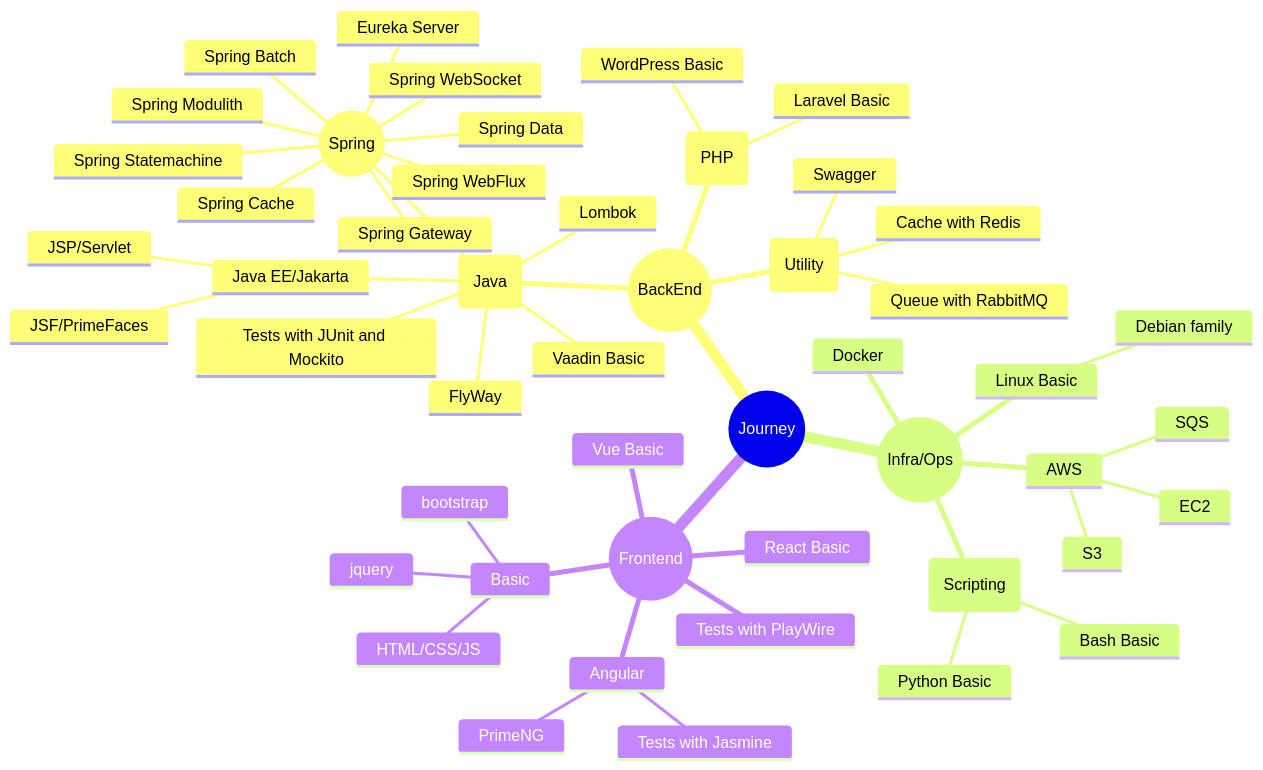
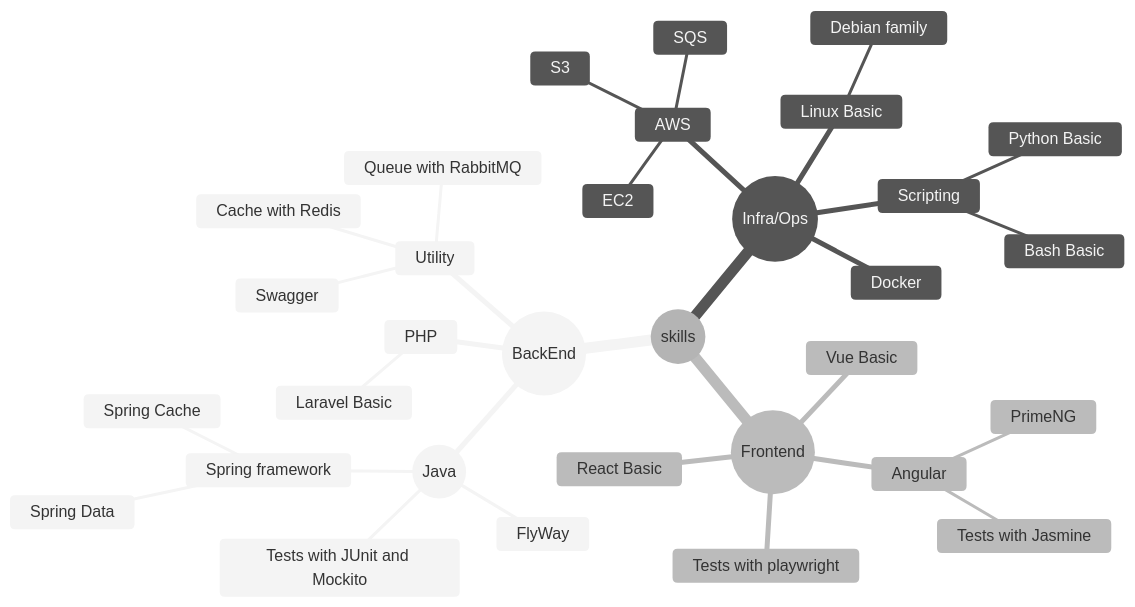
The diagram in HISTORY_pt_BR.md (gilberto-009199/gilberto-009199), drawn with Mermaid before and after one commit. The commit also changed other lines of this file, not shown here.

````diff
--- a/HISTORY_pt_BR.md
+++ b/HISTORY_pt_BR.md
@@ -9,55 +7,39 @@
 ```mermaid
+---
+config:
+  theme: 'neutral'
+---
 mindmap
-  root((Journey))
+  root((skills))
     ((BackEnd))
-    :::urgent large
-      (Java)
-      :::urgent large
-        Vaadin Basic
-        Lombok
+      ((Java))
         Tests with JUnit and Mockito
         FlyWay
-        Java EE/Jakarta
-          JSP/Servlet
-          JSF/PrimeFaces
-        ((Spring))
-        :::urgent large
+        Spring framework
           Spring Data
           Spring Cache
-          Spring Gateway
-          Spring Batch
-          Spring Modulith
-          Spring Statemachine
-          Spring WebFlux
-          Spring WebSocket
-          Eureka Server
-      (PHP)
+      PHP
         Laravel Basic
-        WordPress Basic
-      (Utility)
+      Utility
         Queue with RabbitMQ
         Cache with Redis
         Swagger
     ((Infra/Ops))
       Docker
       Linux Basic
         Debian family
       AWS
         SQS
         S3
         EC2
-      (Scripting)
+      Scripting
         Bash Basic
         Python Basic
     ((Frontend))
         Angular
           PrimeNG
           Tests with Jasmine
         React Basic
         Vue Basic
-        Tests with PlayWire 
-        Basic
-          HTML/CSS/JS
-          jquery
-          bootstrap
+        Tests with playwright 
 ```
````
